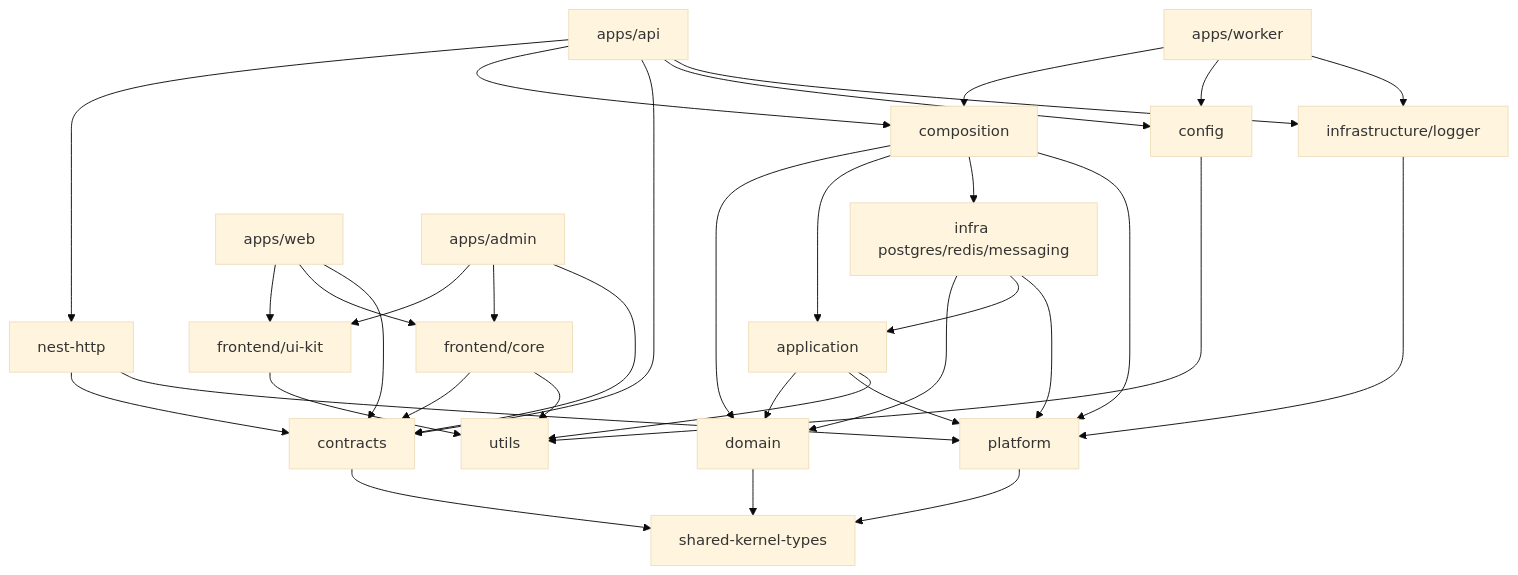
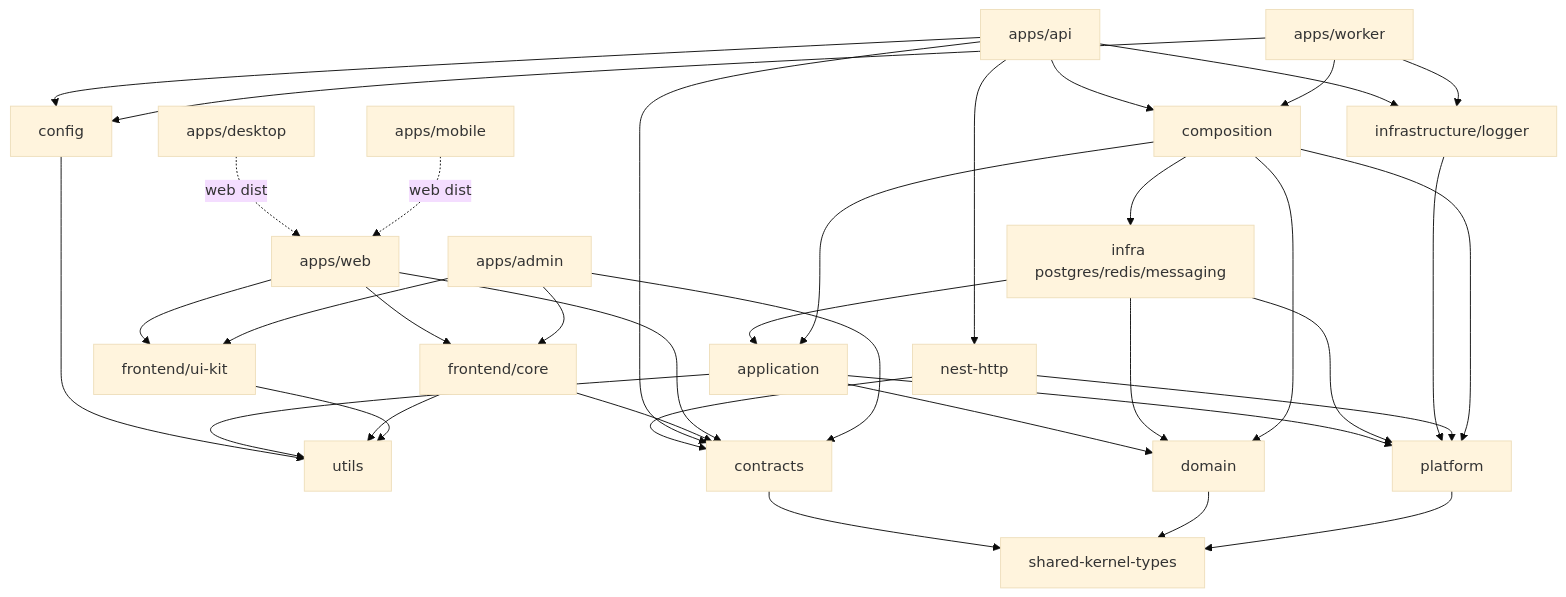
Before and after one commit to VladimirGhrejyan/b2b-saas-starter-kit: the diagram in docs/architecture/workspace-topology.md, drawn with Mermaid (base theme). The commit also changed other lines of this file and 27 other files, not shown here.

Commit message:
chore(VC-1): set up mobile and desktop apps

````diff
--- a/docs/architecture/workspace-topology.md
+++ b/docs/architecture/workspace-topology.md
@@ -100,58 +104,62 @@
 ```mermaid
 flowchart TB
   skt[shared-kernel-types]
   utils[utils]
   contracts[contracts]
   cfg[config]
 
   domain[domain]
   platform[platform]
   application[application]
   infra["infra postgres/redis/messaging"]
   loggerPkg[infrastructure/logger]
   nestHttp[nest-http]
   composition[composition]
 
   api[apps/api]
   worker[apps/worker]
 
   ui[frontend/ui-kit]
   core[frontend/core]
   web[apps/web]
   admin[apps/admin]
+  desktop[apps/desktop]
+  mobile[apps/mobile]
 
   contracts --> skt
   cfg --> utils
   domain --> skt
   platform --> skt
   application --> domain
   application --> platform
   application --> utils
   infra --> domain
   infra --> application
   infra --> platform
   loggerPkg --> platform
   nestHttp --> contracts
   nestHttp --> platform
   composition --> domain
   composition --> application
   composition --> infra
   composition --> platform
   api --> nestHttp
   api --> composition
   api --> contracts
   api --> cfg
   api --> loggerPkg
   worker --> composition
   worker --> cfg
   worker --> loggerPkg
   core --> contracts
   core --> utils
   ui --> utils
   web --> ui
   web --> core
   web --> contracts
   admin --> ui
   admin --> core
   admin --> contracts
+  desktop -.->|"web dist"| web
+  mobile -.->|"web dist"| web
 ```
````
